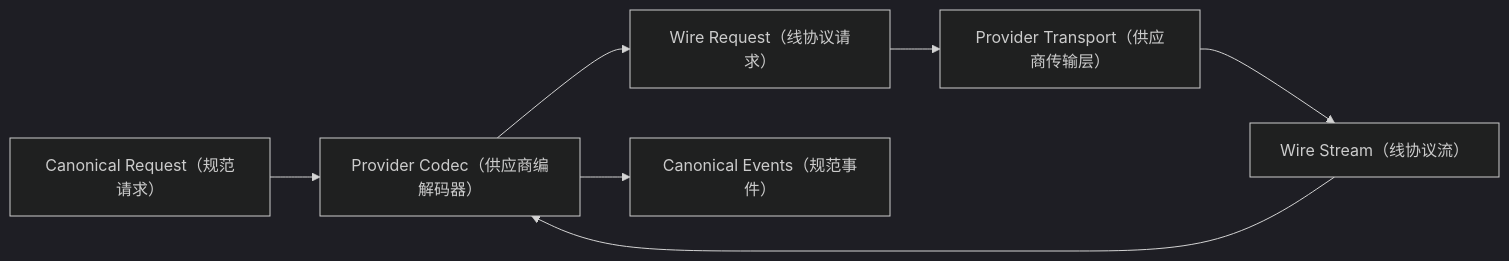
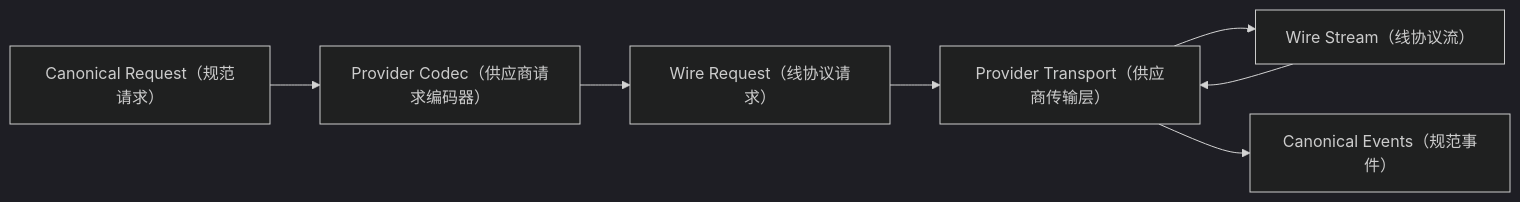
Before and after one commit to StagoMax/OpenTopia: the sixth of 28 diagrams in docs/agent-core-target-architecture-refactor-zh-cn.md, drawn with Mermaid (dark theme). The commit also changed other lines of this file and 6 other files, not shown here.

First line of the commit message:
docs(agent): align architecture with collaboration runtime

````diff
--- a/docs/agent-core-target-architecture-refactor-zh-cn.md
+++ b/docs/agent-core-target-architecture-refactor-zh-cn.md
@@ -684,9 +684,9 @@
 ```mermaid
 flowchart LR
-    CR["Canonical Request（规范请求）"] --> PC["Provider Codec（供应商编解码器）"]
+    CR["Canonical Request（规范请求）"] --> PC["Provider Codec（供应商请求编码器）"]
     PC --> WR["Wire Request（线协议请求）"]
     WR --> PT["Provider Transport（供应商传输层）"]
     PT --> WS["Wire Stream（线协议流）"]
-    WS --> PC
-    PC --> CE["Canonical Events（规范事件）"]
+    WS --> PT
+    PT --> CE["Canonical Events（规范事件）"]
 ```
````
